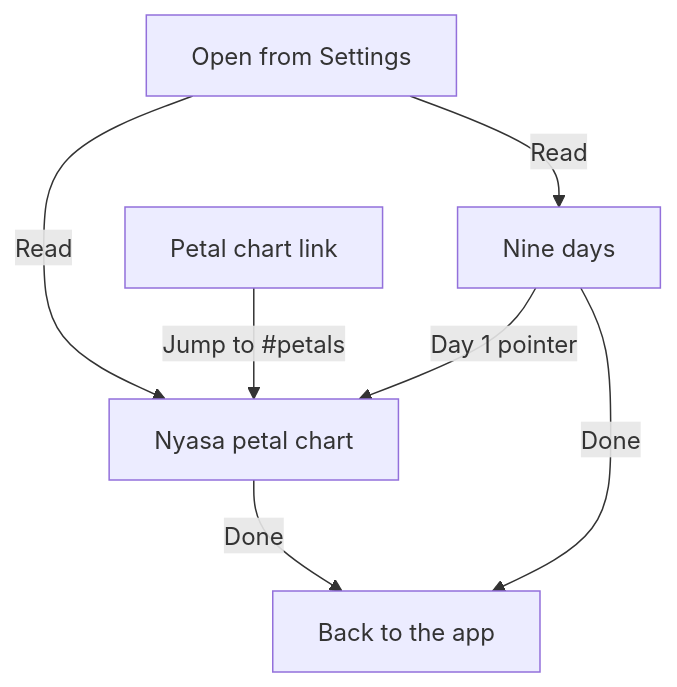
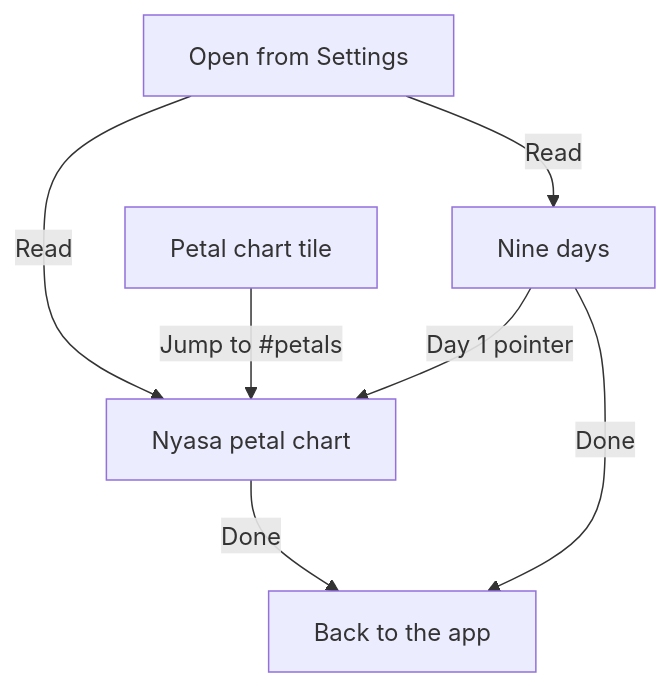
Before and after one commit to missionode/lite: diagram 58 of 58 in docs/app-map/FLOW-REFERENCE.md, drawn with Mermaid. The commit also changed other lines of this file and 26 other files, not shown here.

First line of the commit message:
feat(settings): Learn more tiles for Benefits, Syllabus and Petal chart

````diff
--- a/docs/app-map/FLOW-REFERENCE.md
+++ b/docs/app-map/FLOW-REFERENCE.md
@@ -2699,14 +2699,14 @@
 ```mermaid
 flowchart TD
   open["Open from Settings"]
-  chartlink["Petal chart link"]
+  chartlink["Petal chart tile"]
   petals["Nyasa petal chart"]
   days["Nine days"]
   back["Back to the app"]
   open -->|"Read"| days
   open -->|"Read"| petals
   chartlink -->|"Jump to #petals"| petals
   days -->|"Day 1 pointer"| petals
   petals -->|"Done"| back
   days -->|"Done"| back
 ```
````
